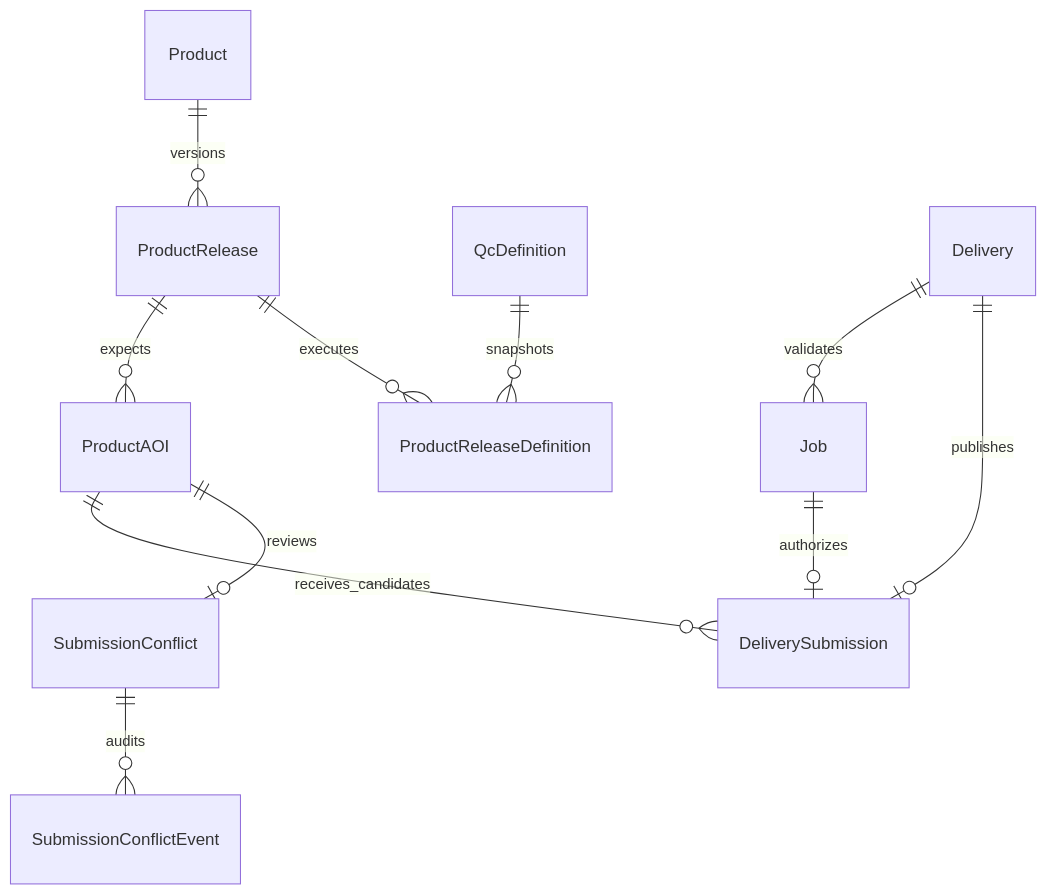
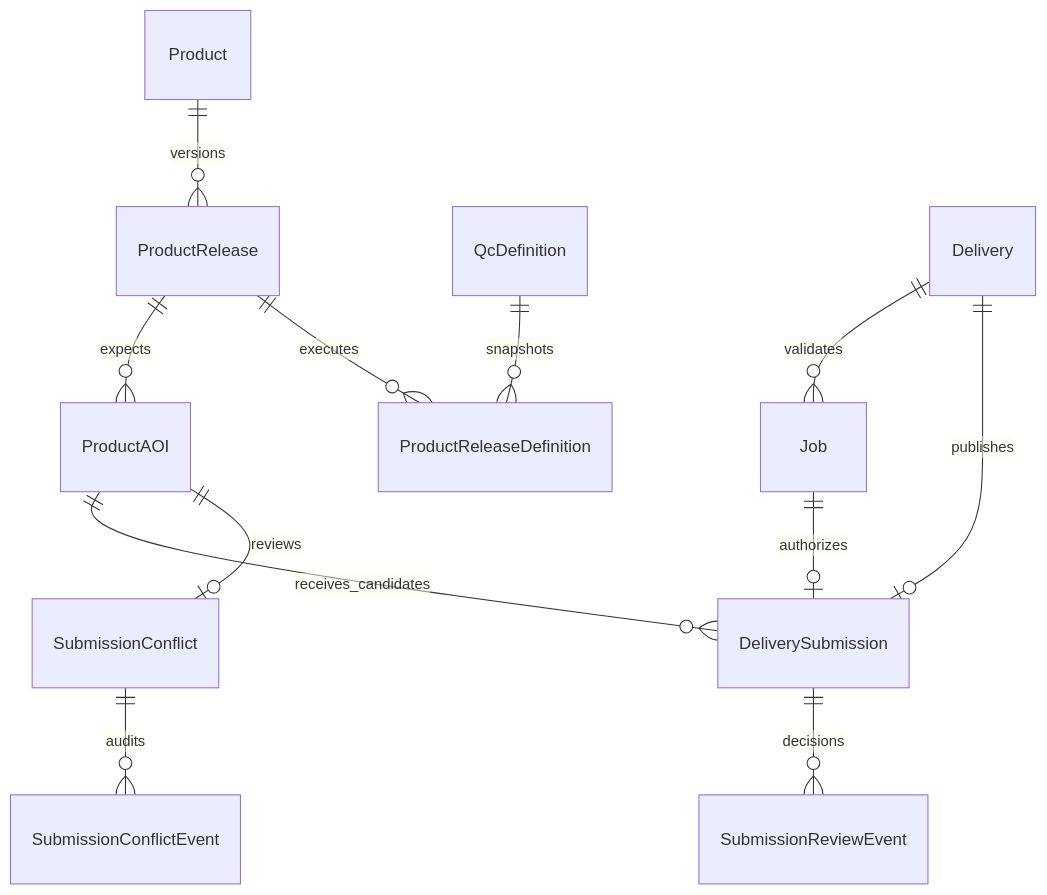
One commit to eea/copernicus_quality_tools changed the first of 2 diagrams in docs/architecture/product-catalog-and-submissions.md. Above: the diagram before and after it, drawn with Mermaid. The commit also changed other lines of this file and 147 other files, not shown here.

````diff
--- a/docs/architecture/product-catalog-and-submissions.md
+++ b/docs/architecture/product-catalog-and-submissions.md
@@ -29,13 +31,14 @@
 ```mermaid
 erDiagram
     Product ||--o{ ProductRelease : versions
     ProductRelease ||--o{ ProductAOI : expects
     ProductRelease ||--o{ ProductReleaseDefinition : executes
     QcDefinition ||--o{ ProductReleaseDefinition : snapshots
     Delivery ||--o{ Job : validates
     Delivery ||--o| DeliverySubmission : publishes
     Job ||--o| DeliverySubmission : authorizes
     ProductAOI ||--o{ DeliverySubmission : receives_candidates
     ProductAOI ||--o| SubmissionConflict : reviews
     SubmissionConflict ||--o{ SubmissionConflictEvent : audits
+    DeliverySubmission ||--o{ SubmissionReviewEvent : decisions
 ```
````
